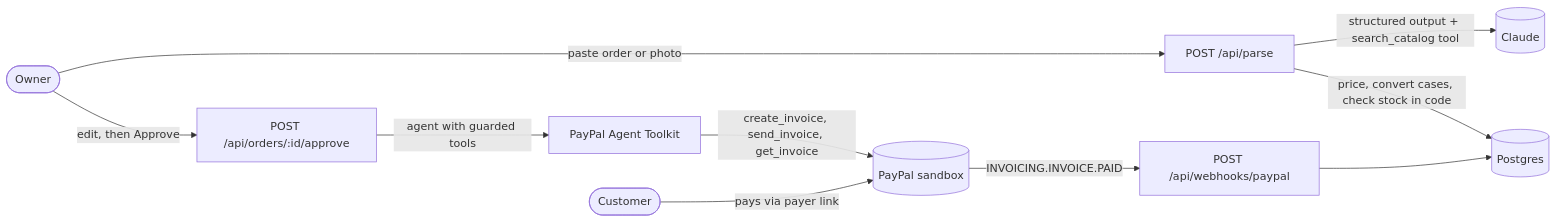
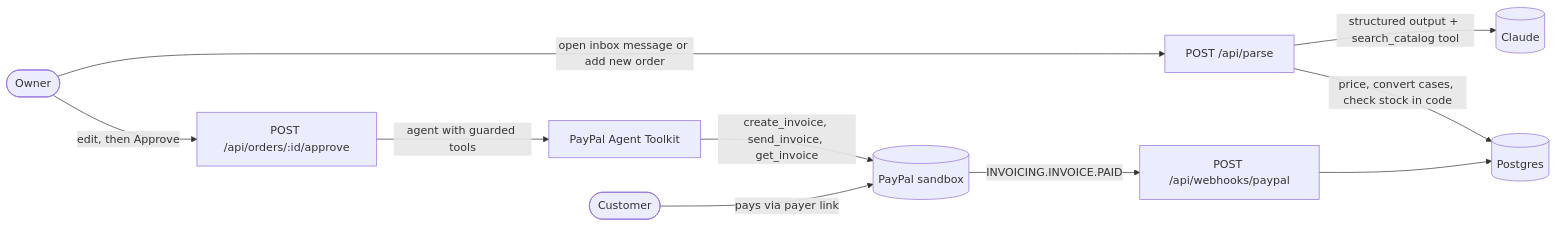
One commit to jayneel-shah18/PayPal-AI-Hackathon-OrderDesk changed the diagram in README.md. Above: the diagram before and after it, drawn with Mermaid. The commit also changed other lines of this file, not shown here.

Commit message:
Update README for the inbox UI, live demo link and repo name

````diff
--- a/README.md
+++ b/README.md
@@ -43,12 +45,12 @@
 ```mermaid
 flowchart LR
-  owner([Owner]) -->|paste order or photo| parse[POST /api/parse]
+  owner([Owner]) -->|open inbox message or add new order| parse[POST /api/parse]
   parse -->|structured output + search_catalog tool| claude[(Claude)]
   parse -->|price, convert cases, check stock in code| db[(Postgres)]
   owner -->|edit, then Approve| approve[POST /api/orders/:id/approve]
   approve -->|agent with guarded tools| toolkit[PayPal Agent Toolkit]
   toolkit -->|create_invoice, send_invoice, get_invoice| paypal[(PayPal sandbox)]
   paypal -->|INVOICING.INVOICE.PAID| hook[POST /api/webhooks/paypal]
   hook --> db
   buyer([Customer]) -->|pays via payer link| paypal
 ```
````
